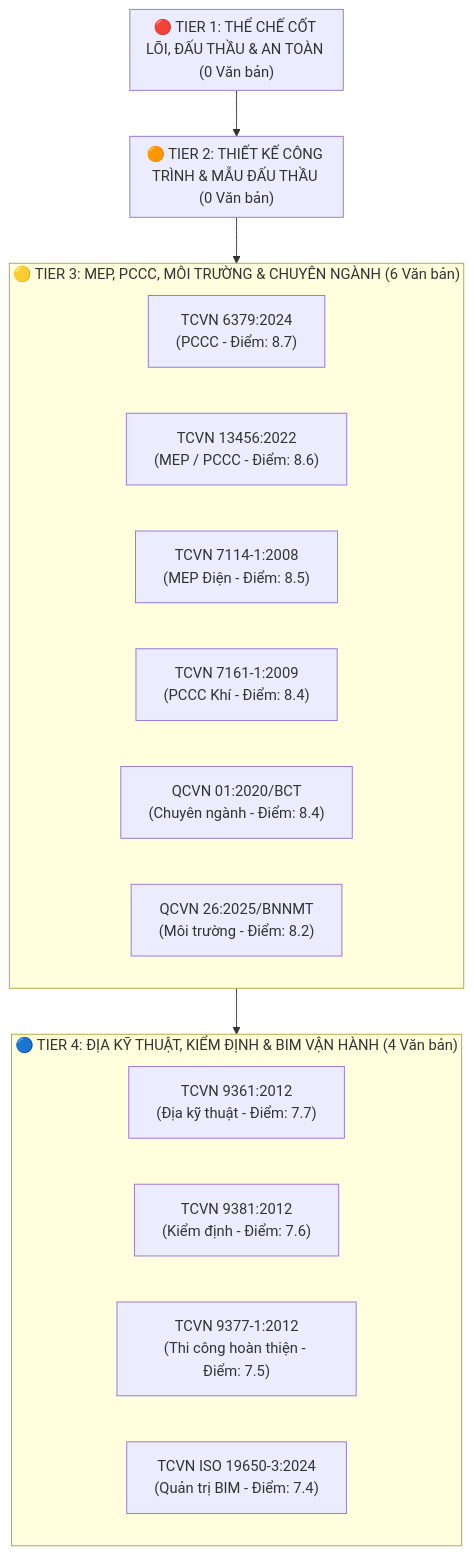
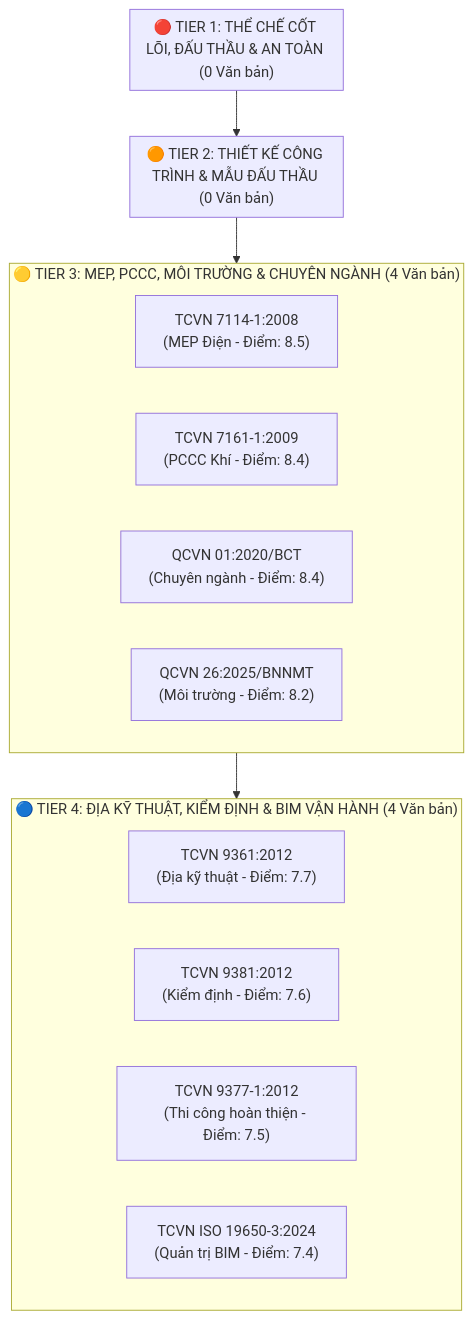
One commit to vvChu/ccba-legal-knowledge changed the diagram in .md/knowledge/expansion_roadmap.md. Above: the diagram before and after it, drawn with Mermaid. The commit also changed other lines of this file and 197 other files, not shown here.

````diff
--- a/.md/knowledge/expansion_roadmap.md
+++ b/.md/knowledge/expansion_roadmap.md
@@ -23,28 +23,26 @@
 ```mermaid
 graph TD
     subgraph T1["🔴 TIER 1: THỂ CHẾ CỐT LÕI, ĐẤU THẦU & AN TOÀN (0 Văn bản)"]
     end
 
     subgraph T2["🟠 TIER 2: THIẾT KẾ CÔNG TRÌNH & MẪU ĐẤU THẦU (0 Văn bản)"]
     end
 
-    subgraph T3["🟡 TIER 3: MEP, PCCC, MÔI TRƯỜNG & CHUYÊN NGÀNH (6 Văn bản)"]
-        T3_1["TCVN 6379:2024<br/>(PCCC - Điểm: 8.7)"]
-        T3_2["TCVN 13456:2022<br/>(MEP / PCCC - Điểm: 8.6)"]
-        T3_3["TCVN 7114-1:2008<br/>(MEP Điện - Điểm: 8.5)"]
-        T3_4["TCVN 7161-1:2009<br/>(PCCC Khí - Điểm: 8.4)"]
-        T3_5["QCVN 01:2020/BCT<br/>(Chuyên ngành - Điểm: 8.4)"]
-        T3_6["QCVN 26:2025/BNNMT<br/>(Môi trường - Điểm: 8.2)"]
+    subgraph T3["🟡 TIER 3: MEP, PCCC, MÔI TRƯỜNG & CHUYÊN NGÀNH (4 Văn bản)"]
+        T3_1["TCVN 7114-1:2008<br/>(MEP Điện - Điểm: 8.5)"]
+        T3_2["TCVN 7161-1:2009<br/>(PCCC Khí - Điểm: 8.4)"]
+        T3_3["QCVN 01:2020/BCT<br/>(Chuyên ngành - Điểm: 8.4)"]
+        T3_4["QCVN 26:2025/BNNMT<br/>(Môi trường - Điểm: 8.2)"]
     end
 
     subgraph T4["🔵 TIER 4: ĐỊA KỸ THUẬT, KIỂM ĐỊNH & BIM VẬN HÀNH (4 Văn bản)"]
         T4_1["TCVN 9361:2012<br/>(Địa kỹ thuật - Điểm: 7.7)"]
         T4_2["TCVN 9381:2012<br/>(Kiểm định - Điểm: 7.6)"]
         T4_3["TCVN 9377-1:2012<br/>(Thi công hoàn thiện - Điểm: 7.5)"]
         T4_4["TCVN ISO 19650-3:2024<br/>(Quản trị BIM - Điểm: 7.4)"]
     end
 
     T1 --> T2
     T2 --> T3
     T3 --> T4
 ```
````
